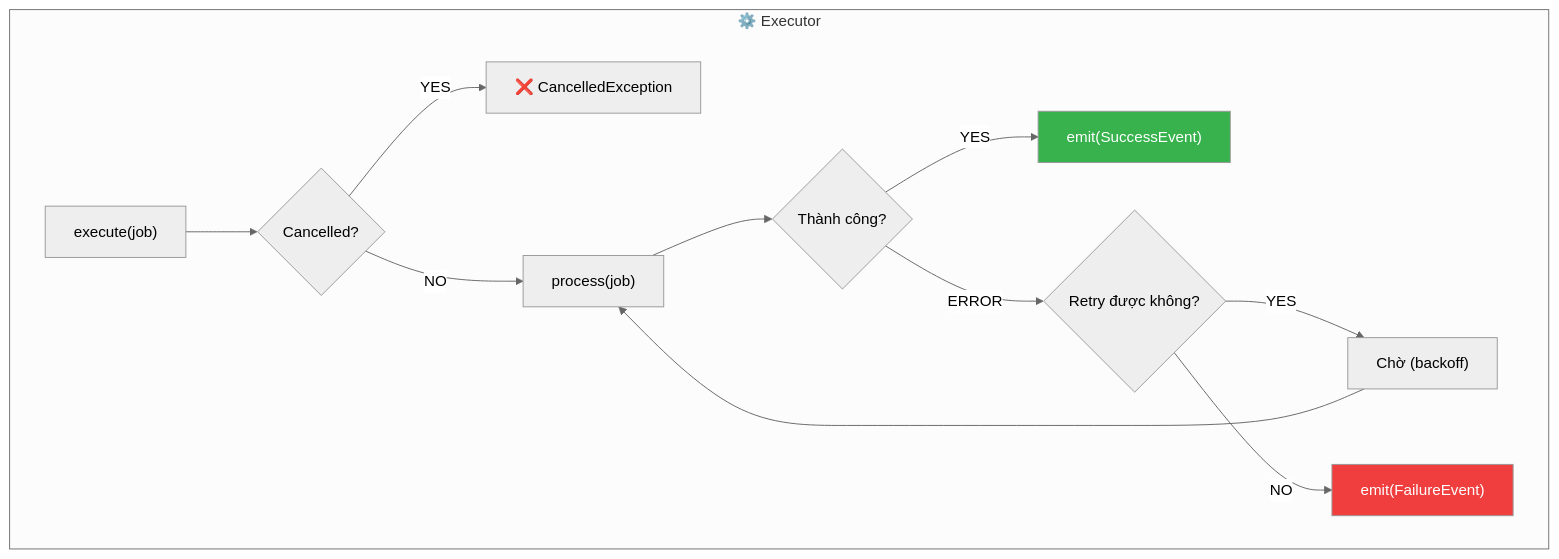
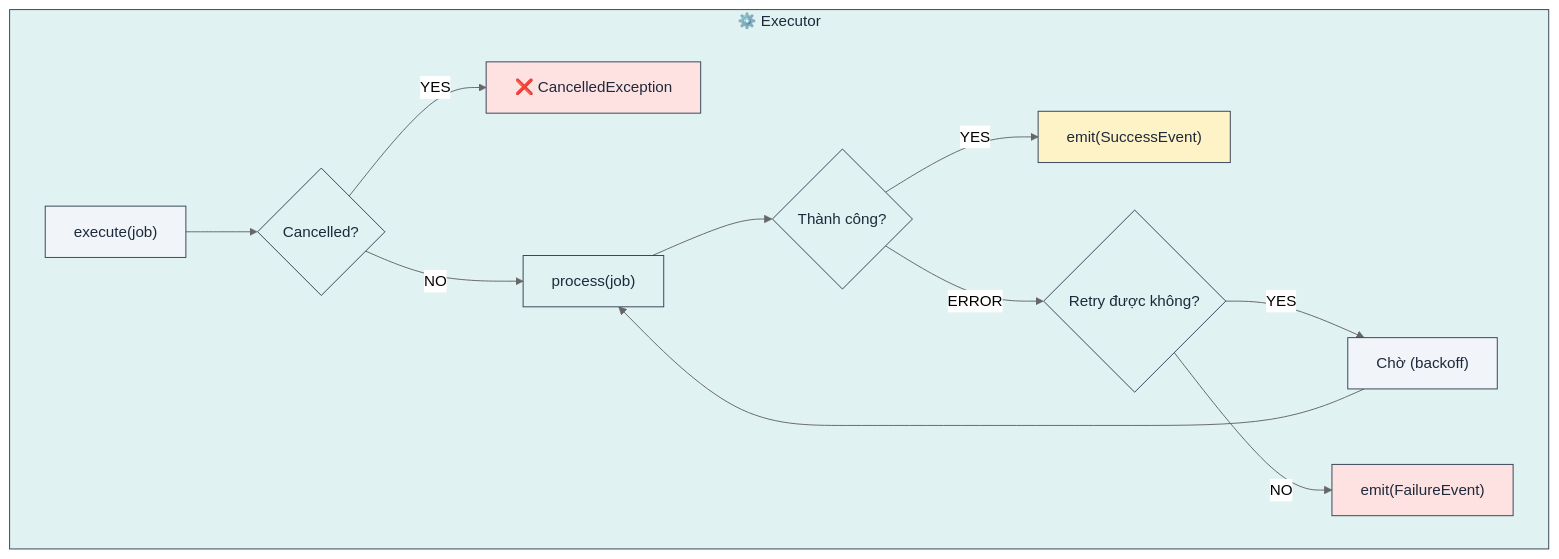
One commit to lploc94/flutter_orchestrator changed the fifth of 13 diagrams in book/vi/chapters/03_core_implementation.md. Above: the diagram before and after it, drawn with Mermaid (neutral theme). The commit also changed other lines of this file and 3 other files, not shown here.

````diff
--- a/book/vi/chapters/03_core_implementation.md
+++ b/book/vi/chapters/03_core_implementation.md
@@ -131,17 +138,25 @@
 ```mermaid
 flowchart TB
     subgraph Executor["⚙️ Executor"]
         Start["execute(job)"] --> CheckCancel{"Cancelled?"}
         CheckCancel -->|"YES"| Cancelled["❌ CancelledException"]
         CheckCancel -->|"NO"| Process["process(job)"]
         Process --> Success{"Thành công?"}
         Success -->|"YES"| EmitSuccess["emit(SuccessEvent)"]
         Success -->|"ERROR"| CheckRetry{"Retry được không?"}
         CheckRetry -->|"YES"| Wait["Chờ (backoff)"]
         Wait --> Process
         CheckRetry -->|"NO"| EmitFailure["emit(FailureEvent)"]
     end
     
-    style EmitSuccess fill:#37b24d,color:#fff
-    style EmitFailure fill:#f03e3e,color:#fff
+    style Executor fill:#e0f2f1,stroke:#334155,color:#1e293b
+    style Start fill:#f1f5f9,stroke:#334155,color:#1e293b
+    style CheckCancel fill:#e0f2f1,stroke:#334155,color:#1e293b
+    style Cancelled fill:#fee2e2,stroke:#334155,color:#1e293b
+    style Process fill:#e0f2f1,stroke:#334155,color:#1e293b
+    style Success fill:#e0f2f1,stroke:#334155,color:#1e293b
+    style EmitSuccess fill:#fef3c7,stroke:#334155,color:#1e293b
+    style CheckRetry fill:#e0f2f1,stroke:#334155,color:#1e293b
+    style Wait fill:#f1f5f9,stroke:#334155,color:#1e293b
+    style EmitFailure fill:#fee2e2,stroke:#334155,color:#1e293b
 ```
````
